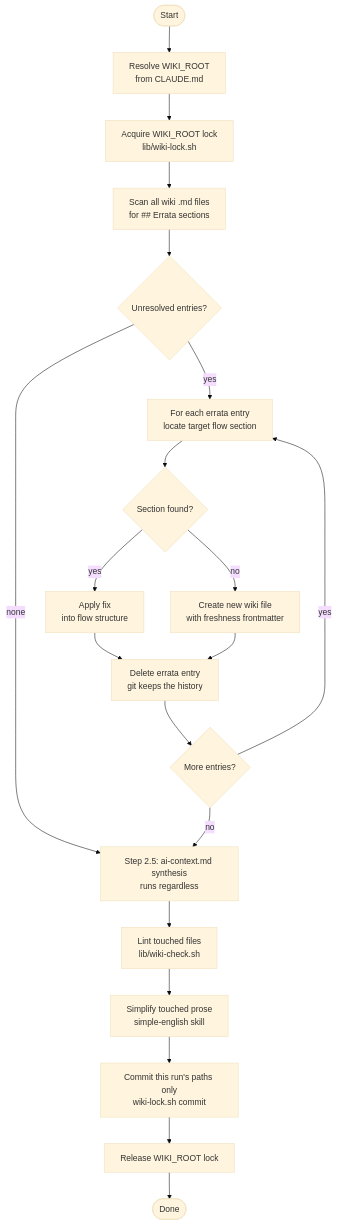
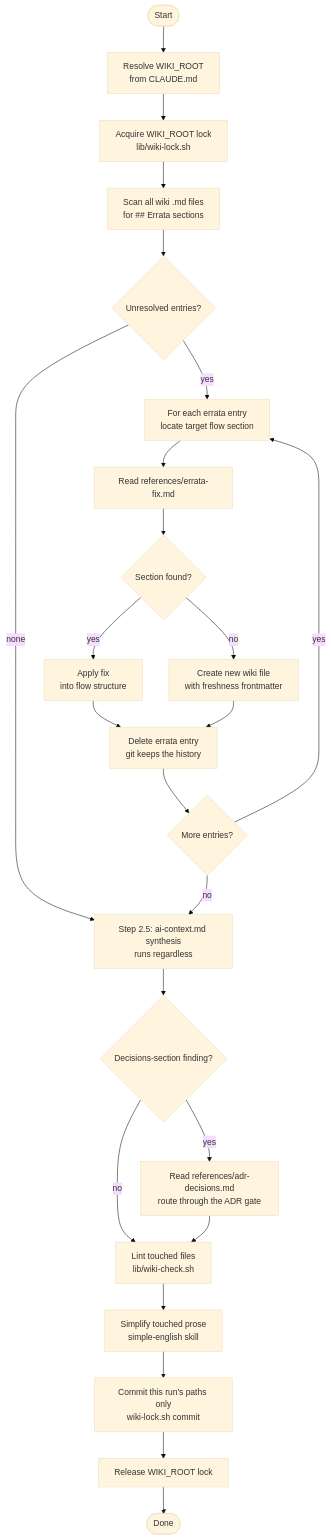
The diagram in ticket-auto-pipeline/docs/skills/wiki-maintenance.md (rogueprocess13/claude-plugins), drawn with Mermaid (base theme) before and after one commit. The commit also changed other lines of this file and 11 other files, not shown here.

Commit message:
refactor(ticket-auto-pipeline): move wiki-maintenance errata-fix and ADR-decision text to references (skill-progressive-disclosure 9)

````diff
--- a/ticket-auto-pipeline/docs/skills/wiki-maintenance.md
+++ b/ticket-auto-pipeline/docs/skills/wiki-maintenance.md
@@ -36,22 +38,26 @@
 ```mermaid
 flowchart TD
     A([Start]) --> B[Resolve WIKI_ROOT\nfrom CLAUDE.md]
     B --> LK[Acquire WIKI_ROOT lock\nlib/wiki-lock.sh]
     LK --> C[Scan all wiki .md files\nfor ## Errata sections]
     C --> D{Unresolved entries?}
     D -- none --> E[Step 2.5: ai-context.md synthesis\nruns regardless]
     D -- yes --> F[For each errata entry\nlocate target flow section]
-    F --> G{Section found?}
+    F --> RF[Read references/errata-fix.md]
+    RF --> G{Section found?}
     G -- yes --> H[Apply fix\ninto flow structure]
     G -- no --> I[Create new wiki file\nwith freshness frontmatter]
     H --> J[Delete errata entry\ngit keeps the history]
     I --> J
     J --> K{More entries?}
     K -- yes --> F
     K -- no --> E
-    E --> L[Lint touched files\nlib/wiki-check.sh]
+    E --> DQ{Decisions-section finding?}
+    DQ -- yes --> RA[Read references/adr-decisions.md\nroute through the ADR gate]
+    DQ -- no --> L
+    RA --> L[Lint touched files\nlib/wiki-check.sh]
     L --> O[Simplify touched prose\nsimple-english skill]
     O --> M[Commit this run's paths only\nwiki-lock.sh commit]
     M --> R[Release WIKI_ROOT lock]
     R --> N([Done])
 ```
````
